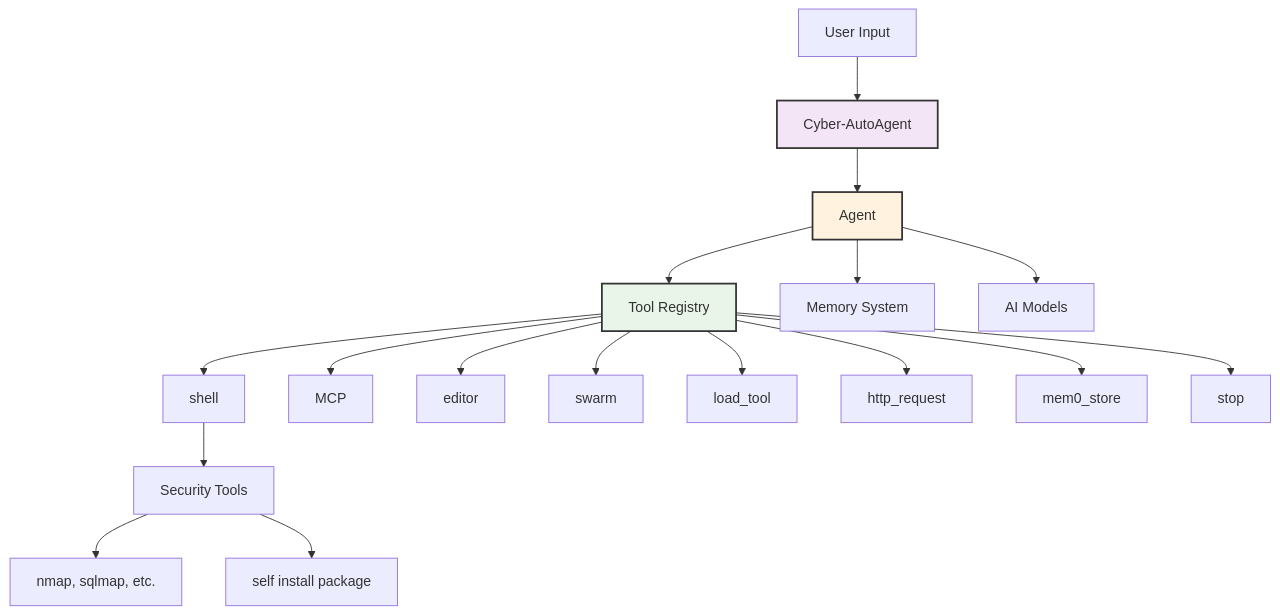
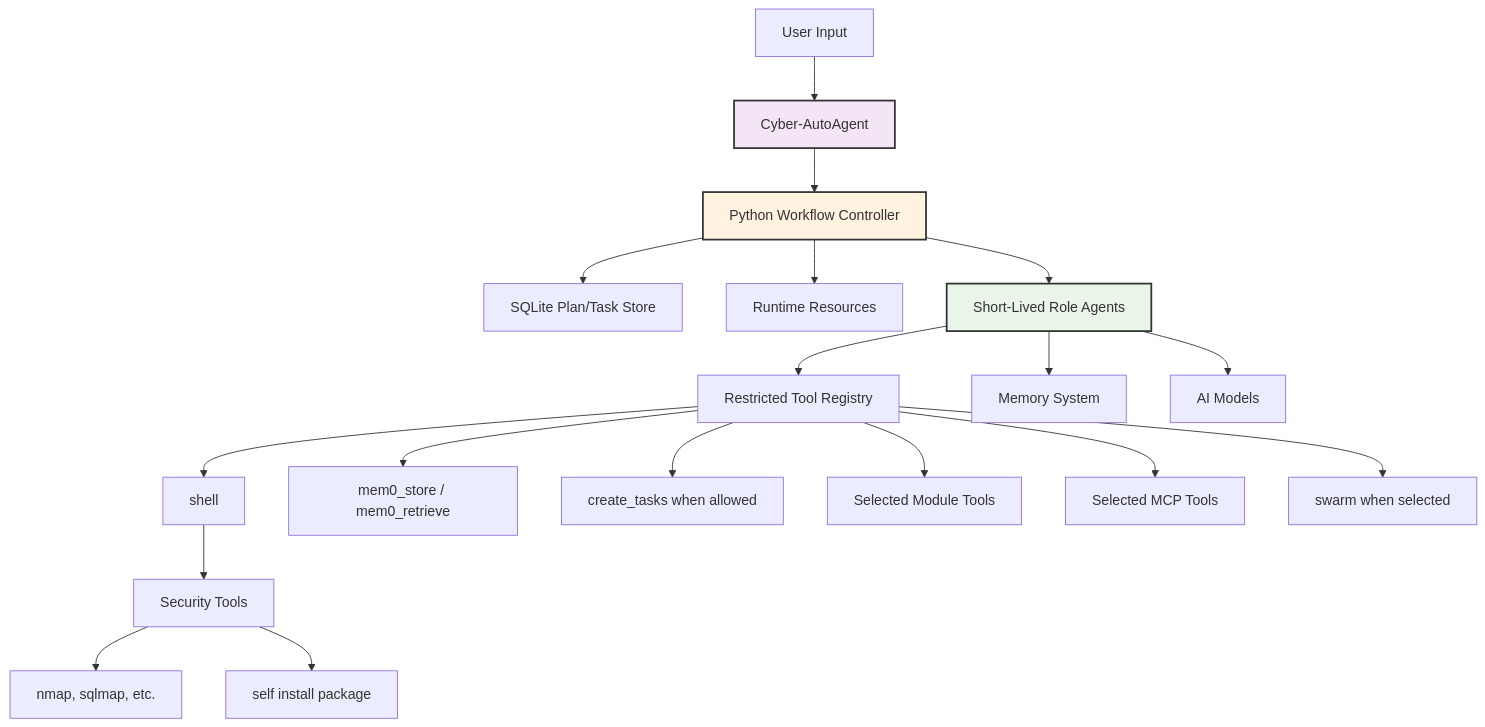
One commit to double16/Cyber-AutoAgent-ng changed the first of 5 diagrams in docs/architecture.md. Above: the diagram before and after it, drawn with Mermaid. The commit also changed other lines of this file and 112 other files, not shown here.

Commit message:
Refactor to multi-agent workflow. (#200)

````diff
--- a/docs/architecture.md
+++ b/docs/architecture.md
@@ -26,25 +35,26 @@
 ```mermaid
 graph TB
     A[User Input] --> B[Cyber-AutoAgent]
-    B --> C[Agent]
-    C --> D[Tool Registry]
-    C --> E[Memory System]
-    C --> F[AI Models]
+    B --> C[Python Workflow Controller]
+    C --> D[SQLite Plan/Task Store]
+    C --> E[Runtime Resources]
+    C --> F[Short-Lived Role Agents]
+    F --> G[Restricted Tool Registry]
+    F --> H[Memory System]
+    F --> I[AI Models]
     
-    D --> G[shell]
-    D --> Q[MCP]
-    D --> H[editor] 
-    D --> I[swarm]
-    D --> J[load_tool]
-    D --> K[http_request]
-    D --> L[mem0_store]
-    D --> M[stop]
+    G --> J[shell]
+    G --> K[mem0_store / mem0_retrieve]
+    G --> L[create_tasks when allowed]
+    G --> M[Selected Module Tools]
+    G --> N[Selected MCP Tools]
+    G --> O[swarm when selected]
     
-    G --> N[Security Tools]
-    N --> O[nmap, sqlmap, etc.]
-    N --> P[self install package]
+    J --> P[Security Tools]
+    P --> Q[nmap, sqlmap, etc.]
+    P --> R[self install package]
  
     style B fill:#f3e5f5,stroke:#333,stroke-width:2px
     style C fill:#fff3e0,stroke:#333,stroke-width:2px
-    style D fill:#e8f5e8,stroke:#333,stroke-width:2px
+    style F fill:#e8f5e8,stroke:#333,stroke-width:2px
 ```
````
